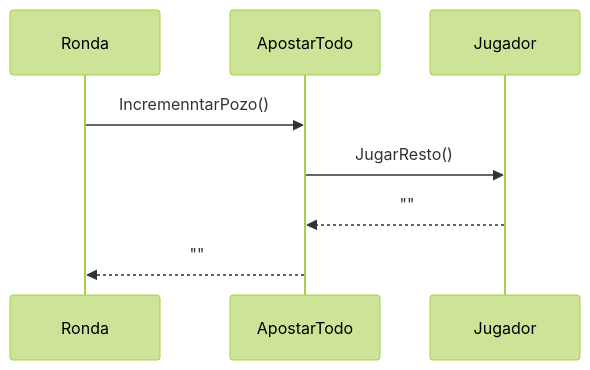
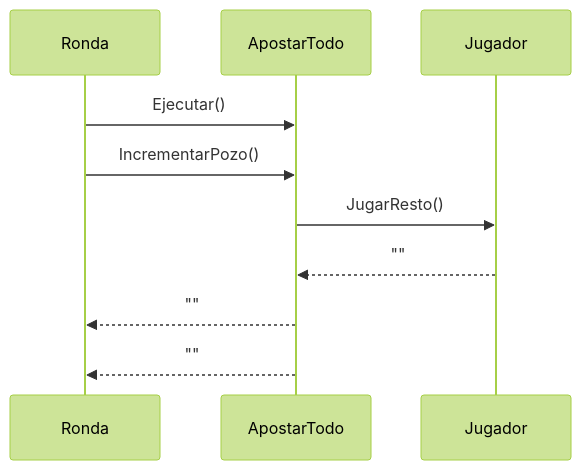
The third of 5 diagrams in Poker12.Core/LogicaRonda/README.md (luchoxx87/Poker12), drawn with Mermaid (forest theme) before and after one commit. The commit also changed other lines of this file, not shown here.

Commit message:
Corrección Diagrama de Secuencia

````diff
--- a/Poker12.Core/LogicaRonda/README.md
+++ b/Poker12.Core/LogicaRonda/README.md
@@ -55,11 +55,13 @@
 ```mermaid
 sequenceDiagram
     participant Ronda
     participant ApostarTodo
     participant Jugador
     
-    Ronda ->> ApostarTodo: IncremenntarPozo()
+    Ronda ->> ApostarTodo: Ejecutar()
+    Ronda ->> ApostarTodo: IncrementarPozo()
     ApostarTodo ->> Jugador: JugarResto()
     Jugador -->> ApostarTodo: ""
     ApostarTodo -->> Ronda: ""
+    ApostarTodo -->> Ronda: ""
 ```
````
